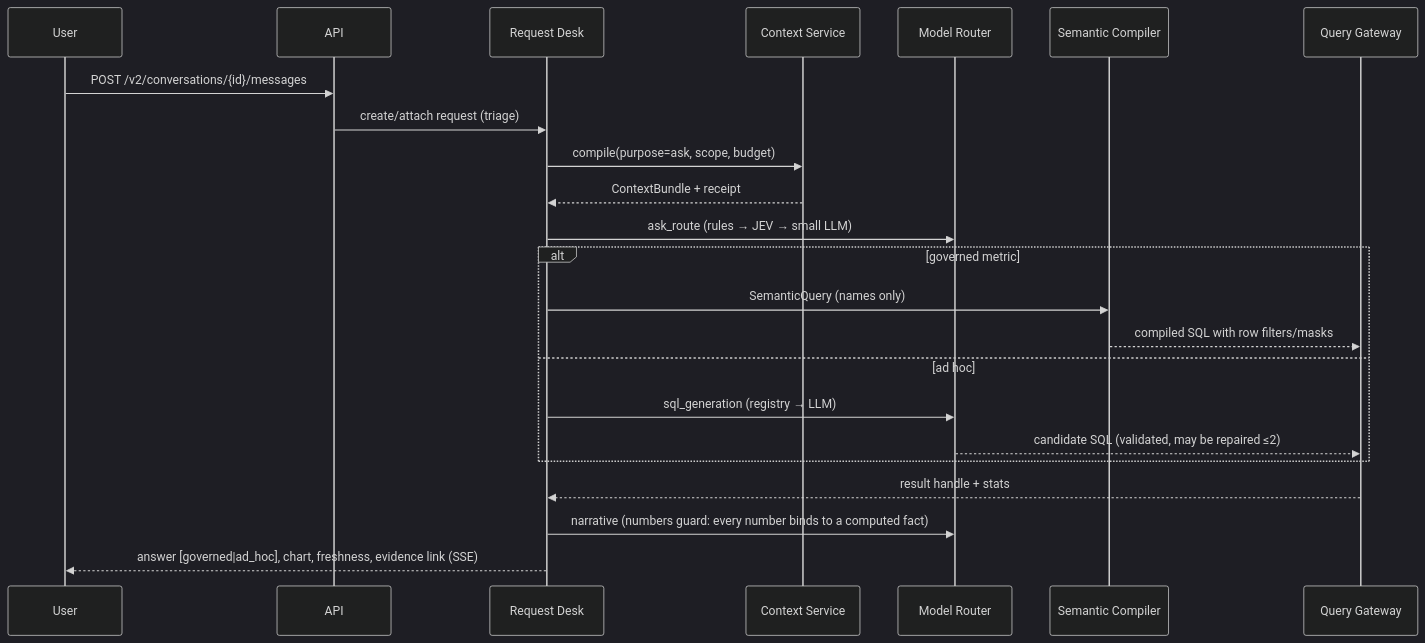
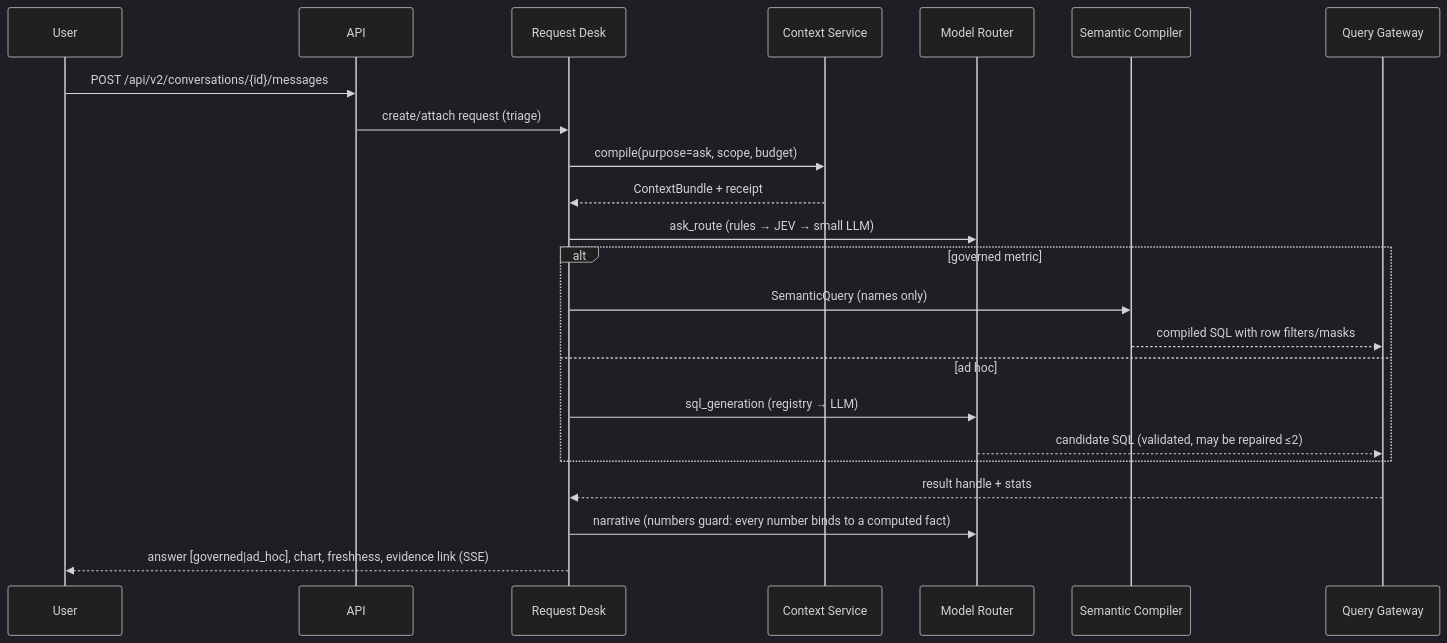
One commit to karuppusamym/AutonomousAIAnalyticsPlatform changed the second of 2 diagrams in docs/02-architecture/01-architecture.md. Above: the diagram before and after it, drawn with Mermaid (dark theme). The commit also changed 15 other files, not shown here.

````diff
--- a/docs/02-architecture/01-architecture.md
+++ b/docs/02-architecture/01-architecture.md
@@ -116,25 +116,25 @@
 ```mermaid
 sequenceDiagram
   participant U as User
   participant API
   participant D as Request Desk
   participant C as Context Service
   participant R as Model Router
   participant S as Semantic Compiler
   participant Q as Query Gateway
-  U->>API: POST /v2/conversations/{id}/messages
+  U->>API: POST /api/v2/conversations/{id}/messages
   API->>D: create/attach request (triage)
   D->>C: compile(purpose=ask, scope, budget)
   C-->>D: ContextBundle + receipt
   D->>R: ask_route (rules → JEV → small LLM)
   alt governed metric
     D->>S: SemanticQuery (names only)
     S-->>Q: compiled SQL with row filters/masks
   else ad hoc
     D->>R: sql_generation (registry → LLM)
     R-->>Q: candidate SQL (validated, may be repaired ≤2)
   end
   Q-->>D: result handle + stats
   D->>R: narrative (numbers guard: every number binds to a computed fact)
   D-->>U: answer [governed|ad_hoc], chart, freshness, evidence link (SSE)
 ```
````
